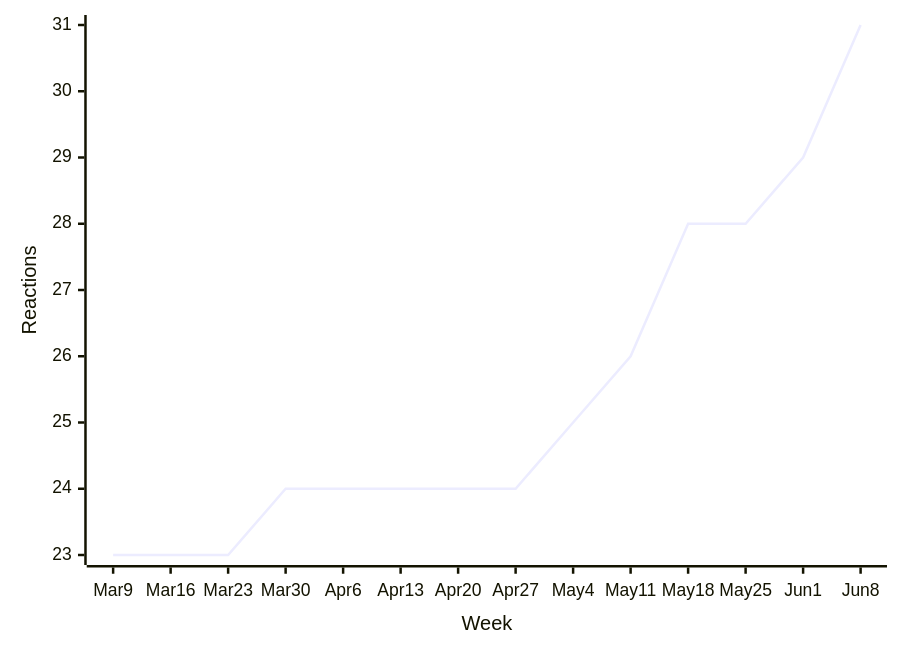
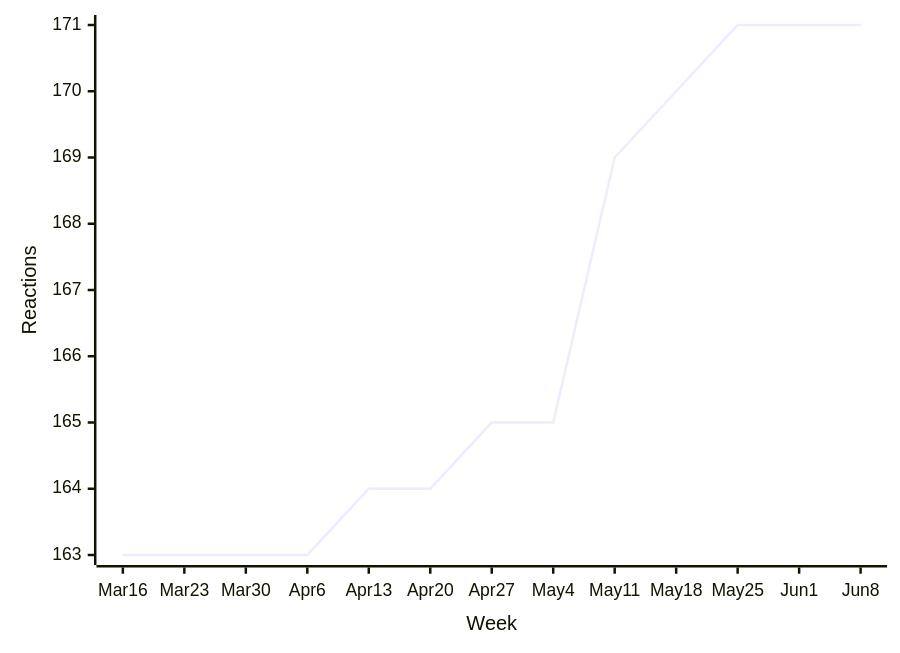
Before and after one commit to loic-sharma/github-insights: diagram 16 of 45 in README.md, drawn with Mermaid. The commit also changed other lines of this file and 3 other files, not shown here.

````diff
--- a/README.md
+++ b/README.md
@@ -594,6 +594,6 @@
   ```mermaid
   xychart-beta
-    x-axis "Week" [Mar 9, Mar 16, Mar 23, Mar 30, Apr 6, Apr 13, Apr 20, Apr 27, May 4, May 11, May 18, May 25, Jun 1, Jun 8]
+    x-axis "Week" [Mar 16, Mar 23, Mar 30, Apr 6, Apr 13, Apr 20, Apr 27, May 4, May 11, May 18, May 25, Jun 1, Jun 8]
     y-axis "Reactions"
-    line [23, 23, 23, 24, 24, 24, 24, 24, 25, 26, 28, 28, 29, 31]
+    line [163, 163, 163, 163, 164, 164, 165, 165, 169, 170, 171, 171, 171]
   ```
````
